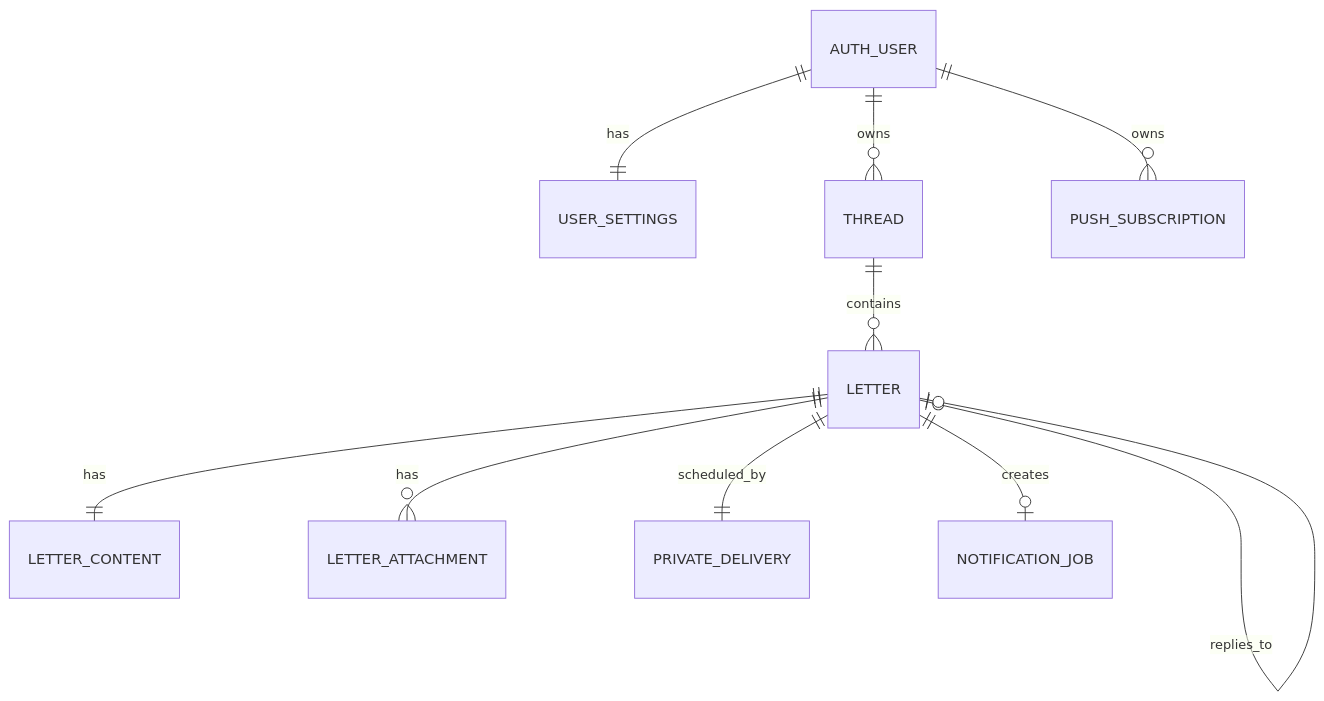
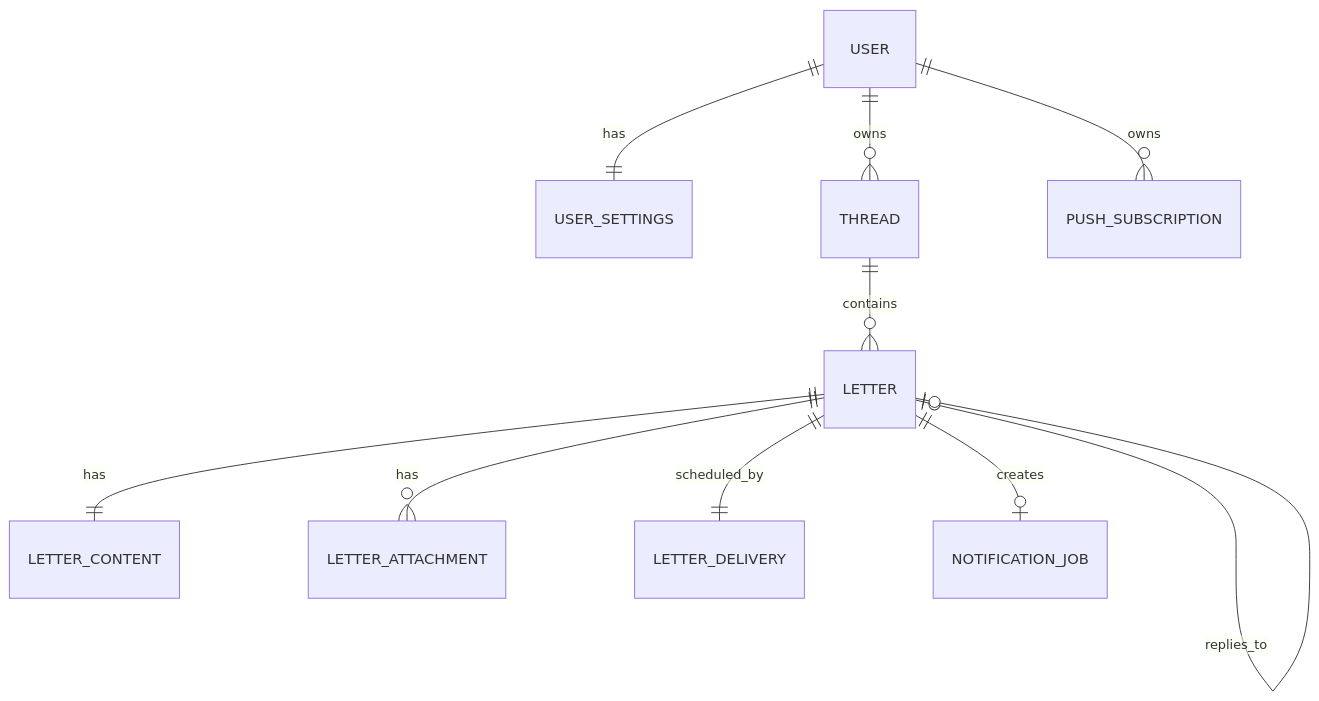
Before and after one commit to hondasports-dev/Re-Me: the diagram in docs/architecture/data-model.md, drawn with Mermaid. The commit also changed other lines of this file and 28 other files, not shown here.

Commit message:
docs: adopt Auth0 Convex Cloudflare architecture (#25)

````diff
--- a/docs/architecture/data-model.md
+++ b/docs/architecture/data-model.md
@@ -7,13 +7,12 @@
 ```mermaid
 erDiagram
-    AUTH_USER ||--|| USER_SETTINGS : has
-    AUTH_USER ||--o{ THREAD : owns
+    USER ||--|| USER_SETTINGS : has
+    USER ||--o{ THREAD : owns
     THREAD ||--o{ LETTER : contains
     LETTER ||--|| LETTER_CONTENT : has
     LETTER ||--o{ LETTER_ATTACHMENT : has
     LETTER o|--o| LETTER : replies_to
-    AUTH_USER ||--o{ PUSH_SUBSCRIPTION : owns
-
-    LETTER ||--|| PRIVATE_DELIVERY : scheduled_by
+    USER ||--o{ PUSH_SUBSCRIPTION : owns
+    LETTER ||--|| LETTER_DELIVERY : scheduled_by
     LETTER ||--o| NOTIFICATION_JOB : creates
 ```
````
